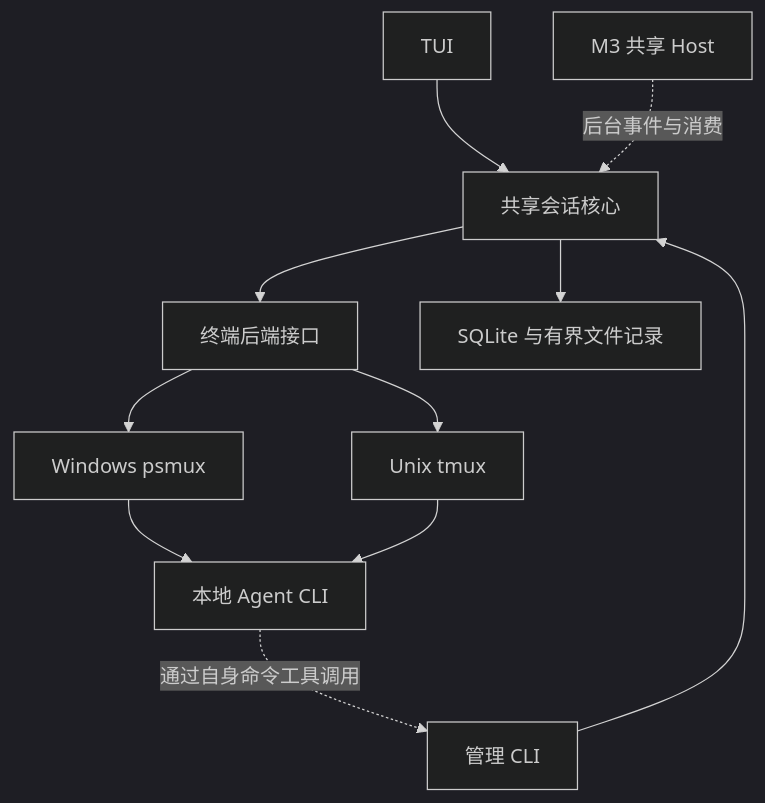
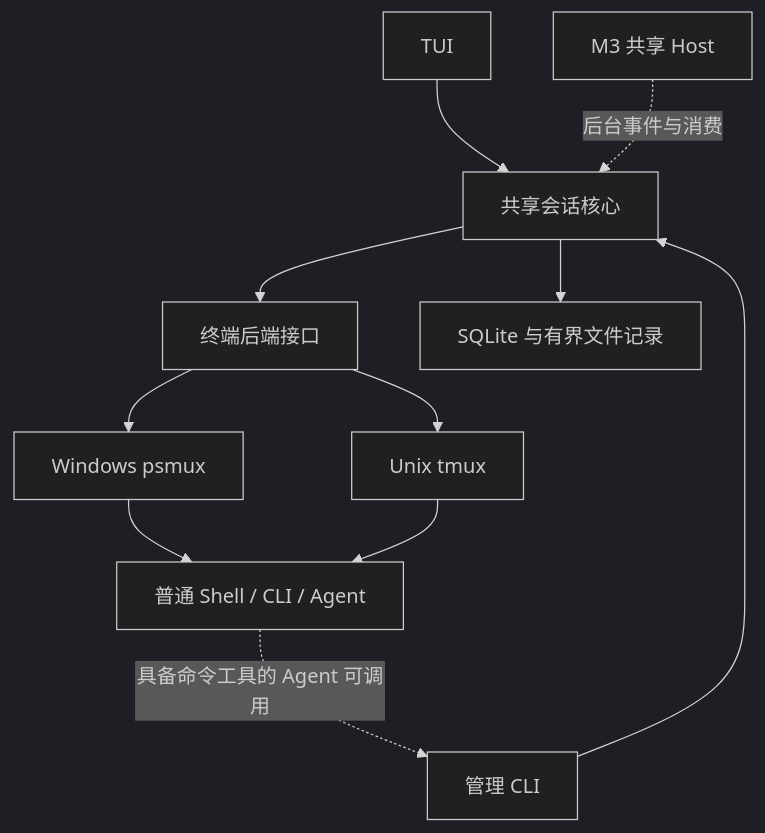
The diagram in docs/ARCHITECTURE.md (liuhui-code/agent-session-desk), drawn with Mermaid (dark theme) before and after one commit. The commit also changed other lines of this file and 30 other files, not shown here.

````diff
--- a/docs/ARCHITECTURE.md
+++ b/docs/ARCHITECTURE.md
@@ -9,13 +9,13 @@
 ```mermaid
 flowchart TD
     UI["TUI"] --> CORE["共享会话核心"]
     CTL["管理 CLI"] --> CORE
     HOST["M3 共享 Host"] -. "后台事件与消费" .-> CORE
     CORE --> RUNTIME["终端后端接口"]
     CORE --> STORE["SQLite 与有界文件记录"]
     RUNTIME --> WIN["Windows psmux"]
     RUNTIME --> UNIX["Unix tmux"]
-    WIN --> AGENT["本地 Agent CLI"]
-    UNIX --> AGENT
-    AGENT -. "通过自身命令工具调用" .-> CTL
+    WIN --> TERM["普通 Shell / CLI / Agent"]
+    UNIX --> TERM
+    TERM -. "具备命令工具的 Agent 可调用" .-> CTL
 ```
````
